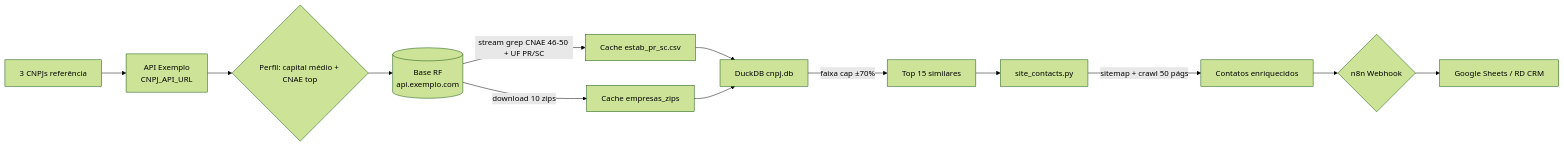
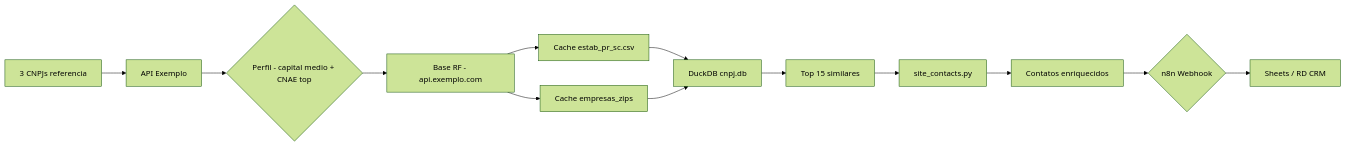
Before and after one commit to PIRANGUEIRO/lambari: the diagram in README.md, drawn with Mermaid (forest theme). The commit also changed 1 other file, not shown here.

Commit message:
fix: correct Mermaid syntax for GitHub rendering
Remove <br/> and special chars, quote node labels

````diff
--- a/README.md
+++ b/README.md
@@ -98,15 +98,15 @@
 ```mermaid
 flowchart LR
-    A[3 CNPJs referência] --> B[API Exemplo<br/>CNPJ_API_URL]
-    B --> C{Perfil: capital médio + CNAE top}
-    C --> D[(Base RF<br/>api.exemplo.com)]
-    D -->|stream grep CNAE 46-50 + UF PR/SC| E[Cache estab_pr_sc.csv]
-    D -->|download 10 zips| F[Cache empresas_zips]
-    E --> G[DuckDB cnpj.db]
+    A["3 CNPJs referencia"] --> B["API Exemplo"]
+    B --> C{"Perfil - capital medio + CNAE top"}
+    C --> D["Base RF - api.exemplo.com"]
+    D --> E["Cache estab_pr_sc.csv"]
+    D --> F["Cache empresas_zips"]
+    E --> G["DuckDB cnpj.db"]
     F --> G
-    G -->|faixa cap ±70%| H[Top 15 similares]
-    H --> I[site_contacts.py]
-    I -->|sitemap + crawl 50 págs| J[Contatos enriquecidos]
-    J --> K{n8n Webhook}
-    K --> L[Google Sheets / RD CRM]
+    G --> H["Top 15 similares"]
+    H --> I["site_contacts.py"]
+    I --> J["Contatos enriquecidos"]
+    J --> K{"n8n Webhook"}
+    K --> L["Sheets / RD CRM"]
 ```
````
